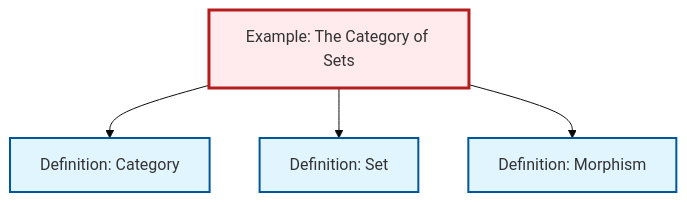
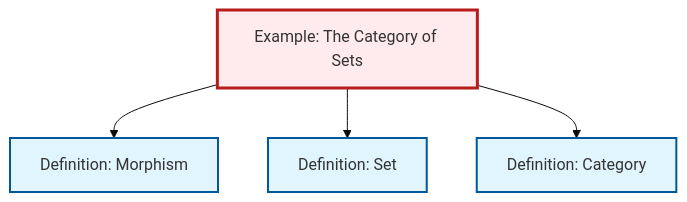
The diagram in content/en/category-theory/ex-set-category.qmd (RK0429/ModernMath), drawn with Mermaid (base theme) before and after one commit. The commit also changed 511 other files, not shown here.

````diff
--- a/content/en/category-theory/ex-set-category.qmd
+++ b/content/en/category-theory/ex-set-category.qmd
@@ -68,21 +68,17 @@
 ```{mermaid}
 %%| fig-cap: "Local dependency graph"
 graph TD
     classDef definition fill:#e1f5fe,stroke:#01579b,stroke-width:2px
     classDef theorem fill:#f3e5f5,stroke:#4a148c,stroke-width:2px
     classDef axiom fill:#fff3e0,stroke:#e65100,stroke-width:2px
     classDef example fill:#e8f5e9,stroke:#1b5e20,stroke-width:2px
     classDef current fill:#ffebee,stroke:#b71c1c,stroke-width:3px
-    def-category["Definition: Category"]:::definition
-    def-set["Definition: Set"]:::definition
     def-morphism["Definition: Morphism"]:::definition
     ex-set-category["Example: The Category of Sets"]:::example
+    def-set["Definition: Set"]:::definition
+    def-category["Definition: Category"]:::definition
+    ex-set-category --> def-morphism
+    ex-set-category --> def-set
     ex-set-category --> def-category
-    ex-set-category --> def-set
-    ex-set-category --> def-morphism
     class ex-set-category current
-
-    click def-category "def-category.html" "Go to Category definition"
-    click def-set "def-set.html" "Go to Set definition"
-    click def-morphism "def-morphism.html" "Go to Morphism definition"
 ```
````
